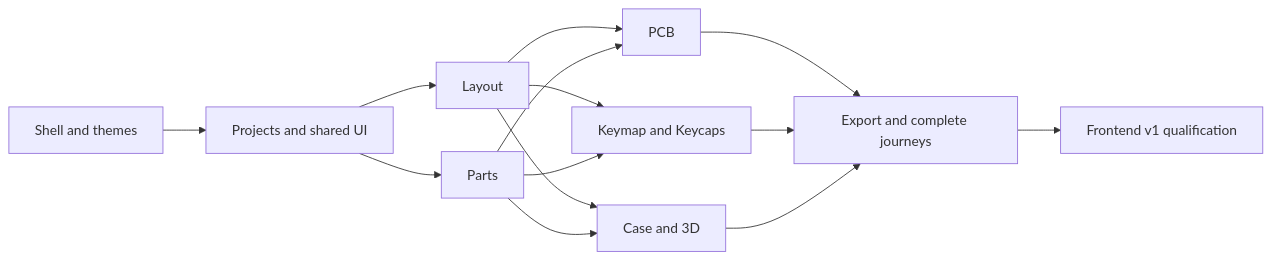
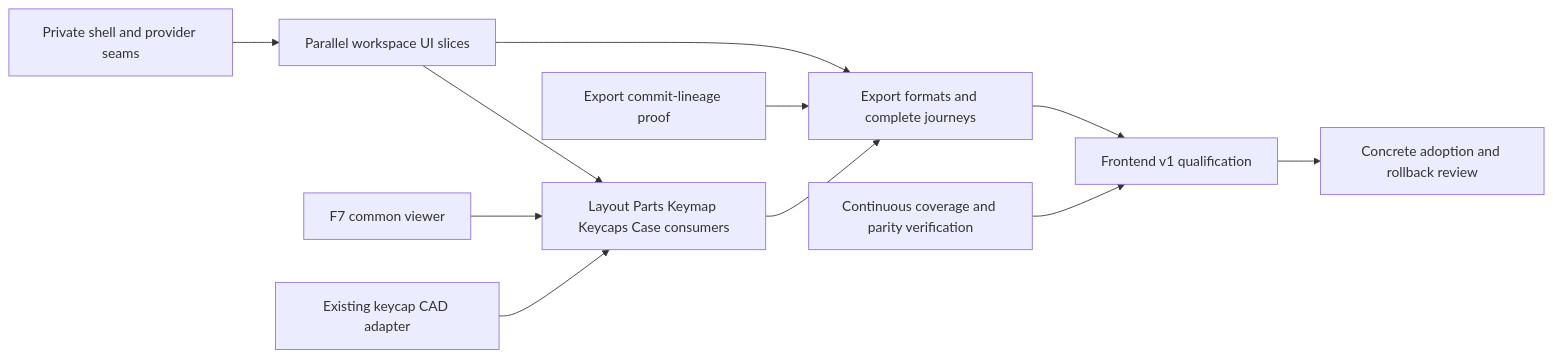
Before and after one commit to runinit/boardstudio: the diagram in .scratch/dioxus-frontend-v1/PLAN.md, drawn with Mermaid. The commit also changed other lines of this file and 43 other files, not shown here.

````diff
--- a/.scratch/dioxus-frontend-v1/PLAN.md
+++ b/.scratch/dioxus-frontend-v1/PLAN.md
@@ -9,16 +34,13 @@
 ```mermaid
 flowchart LR
-  F1[Shell and themes] --> F2[Projects and shared UI]
-  F2 --> F3[Layout]
-  F2 --> F4[Parts]
-  F3 --> F5[PCB]
-  F4 --> F5
-  F3 --> F6[Keymap and Keycaps]
-  F4 --> F6
-  F3 --> F7[Case and 3D]
-  F4 --> F7
-  F5 --> F8[Export and complete journeys]
-  F6 --> F8
-  F7 --> F8
-  F8 --> F9[Frontend v1 qualification]
+  I[Private shell and provider seams] --> UI[Parallel workspace UI slices]
+  V[F7 common viewer] --> C[Layout Parts Keymap Keycaps Case consumers]
+  K[Existing keycap CAD adapter] --> C
+  UI --> C
+  E[Export commit-lineage proof] --> X[Export formats and complete journeys]
+  UI --> X
+  C --> X
+  Q[Continuous coverage and parity verification] --> R[Frontend v1 qualification]
+  X --> R
+  R --> A[Concrete adoption and rollback review]
 ```
````
